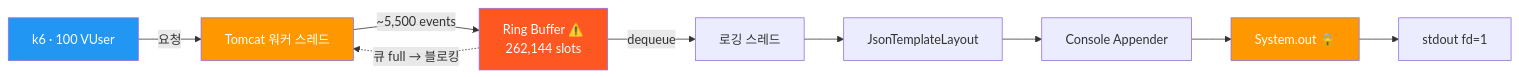
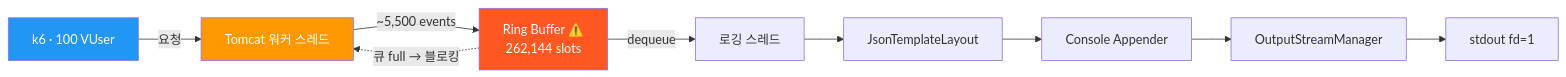
One commit to gukin-han/logging-lab changed the third of 5 diagrams in README.md. Above: the diagram before and after it, drawn with Mermaid. The commit also changed other lines of this file and 3 other files, not shown here.

First line of the commit message:
데이터 플로우 다이어그램 정정 + TPS 차트 추가

````diff
--- a/README.md
+++ b/README.md
@@ -155,16 +155,15 @@
 ```mermaid
 flowchart LR
     Client["k6 · 100 VUser"] -->|"요청"| T["Tomcat 워커 스레드"]
     T -->|"~5,500 events"| RB["Ring Buffer ⚠️\n262,144 slots"]
     RB -->|"dequeue"| LT["로깅 스레드"]
     LT --> JTL["JsonTemplateLayout"]
     JTL --> CA["Console Appender"]
-    CA --> SOUT["System.out 🔒"]
-    SOUT --> FD["stdout fd=1"]
+    CA --> OSM["OutputStreamManager"]
+    OSM --> FD["stdout fd=1"]
     RB -.->|"큐 full → 블로킹"| T
 
     style T fill:#FF9800,color:#fff
     style RB fill:#FF5722,color:#fff
-    style SOUT fill:#FF9800,color:#fff
     style Client fill:#2196F3,color:#fff
 ```
````
